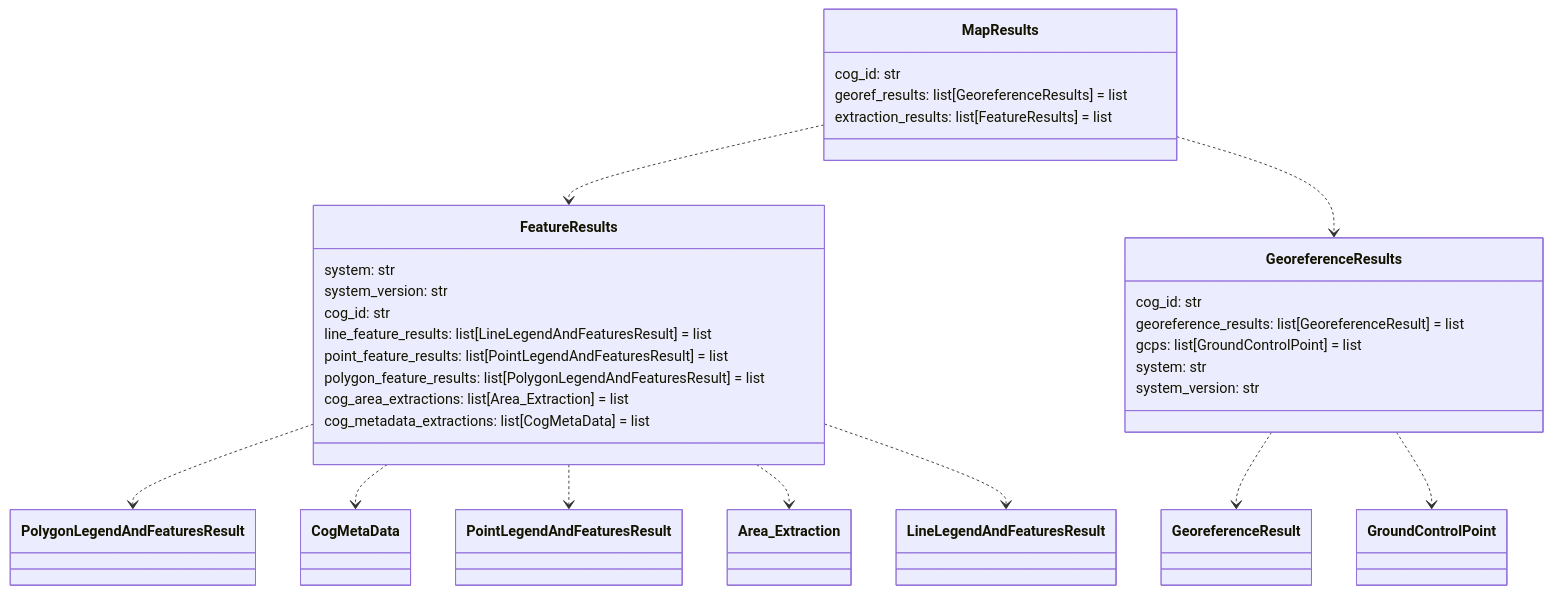
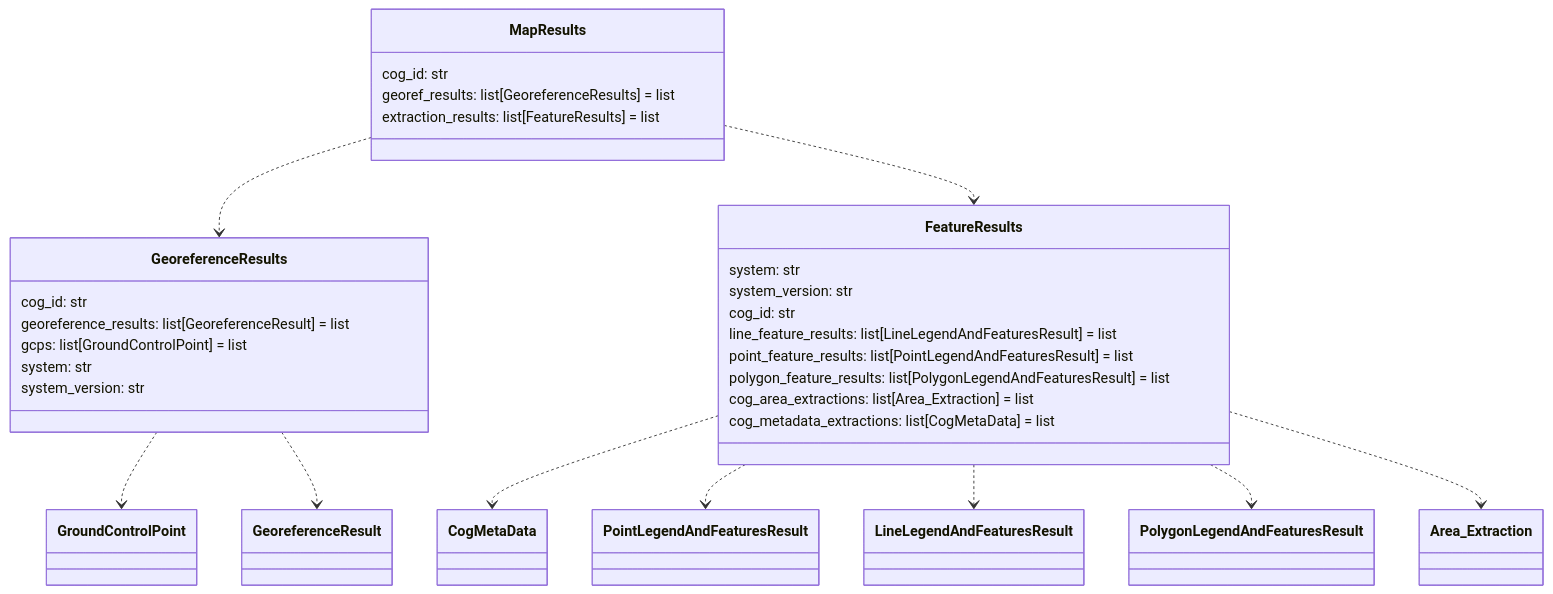
Diagram 11 of 14 in README.md (DARPA-CRITICALMAAS/cdr_schemas), drawn with Mermaid before and after one commit. The commit also changed other lines of this file and 2 other files, not shown here.

````diff
--- a/README.md
+++ b/README.md
@@ -937,40 +937,40 @@
 ```mermaid
 classDiagram
+
+    class MapResults {
+        cog_id: str
+        georef_results: list[GeoreferenceResults] = list
+        extraction_results: list[FeatureResults] = list
+    }
+
+    class GeoreferenceResults {
+        cog_id: str
+        georeference_results: list[GeoreferenceResult] = list
+        gcps: list[GroundControlPoint] = list
+        system: str
+        system_version: str
+    }
 
     class FeatureResults {
         system: str
         system_version: str
         cog_id: str
         line_feature_results: list[LineLegendAndFeaturesResult] = list
         point_feature_results: list[PointLegendAndFeaturesResult] = list
         polygon_feature_results: list[PolygonLegendAndFeaturesResult] = list
         cog_area_extractions: list[Area_Extraction] = list
         cog_metadata_extractions: list[CogMetaData] = list
     }
 
-    class GeoreferenceResults {
-        cog_id: str
-        georeference_results: list[GeoreferenceResult] = list
-        gcps: list[GroundControlPoint] = list
-        system: str
-        system_version: str
-    }
-
-    class MapResults {
-        cog_id: str
-        georef_results: list[GeoreferenceResults] = list
-        extraction_results: list[FeatureResults] = list
-    }
-
-    FeatureResults ..> PolygonLegendAndFeaturesResult
     FeatureResults ..> CogMetaData
     FeatureResults ..> PointLegendAndFeaturesResult
+    FeatureResults ..> LineLegendAndFeaturesResult
+    FeatureResults ..> PolygonLegendAndFeaturesResult
     FeatureResults ..> Area_Extraction
-    FeatureResults ..> LineLegendAndFeaturesResult
+    GeoreferenceResults ..> GroundControlPoint
     GeoreferenceResults ..> GeoreferenceResult
-    GeoreferenceResults ..> GroundControlPoint
+    MapResults ..> GeoreferenceResults
     MapResults ..> FeatureResults
-    MapResults ..> GeoreferenceResults
 
 
 ```
````
